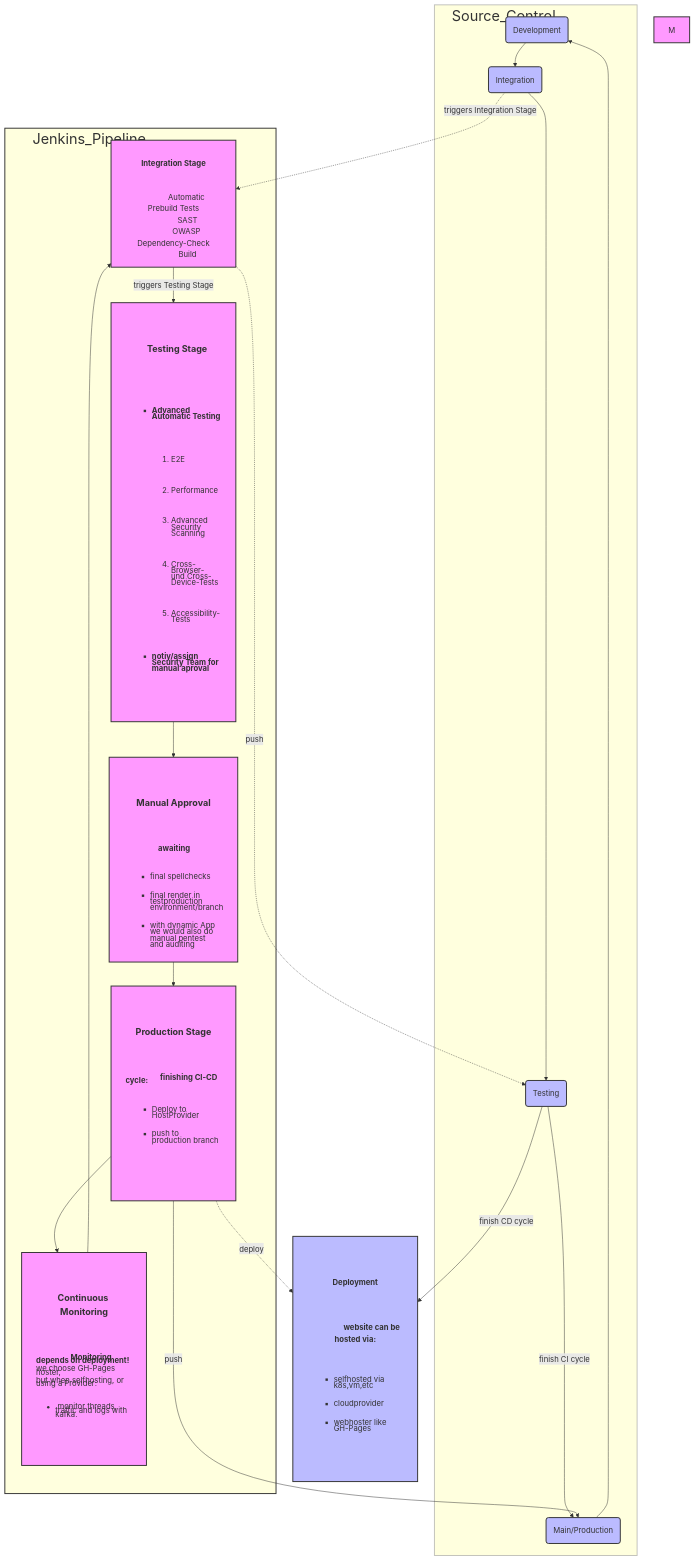
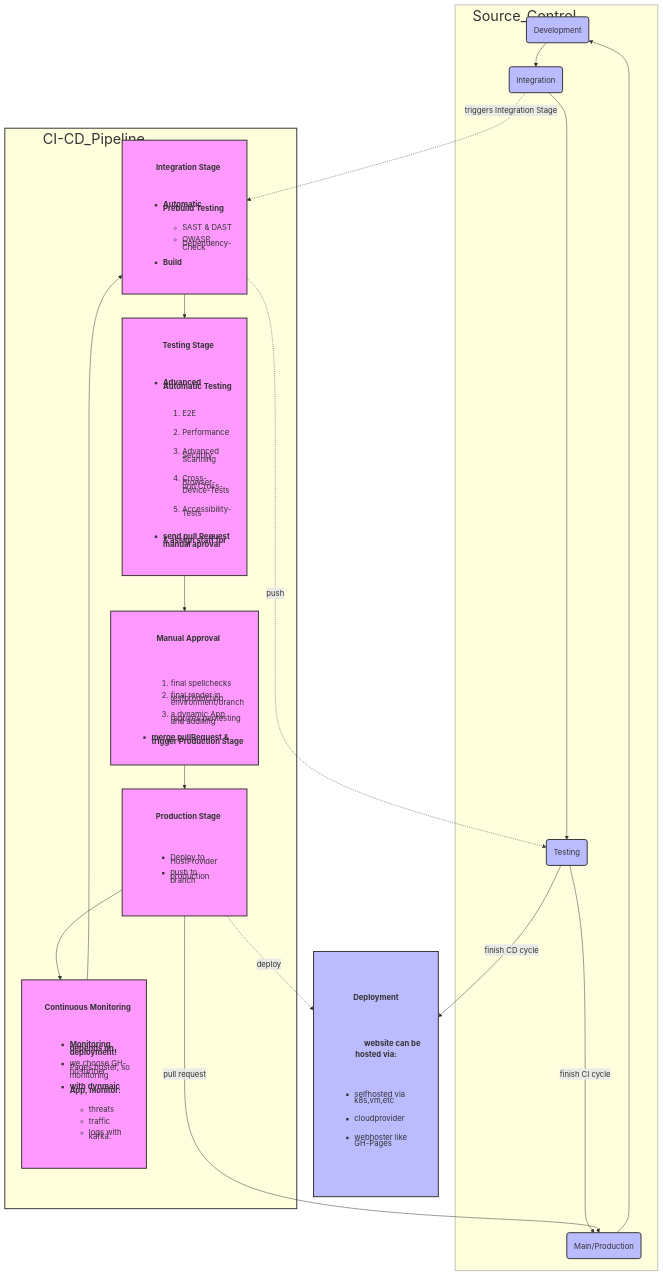
The diagram in README.md (ji-podhead/ji-podhead-blog), drawn with Mermaid before and after one commit.

````diff
--- a/README.md
+++ b/README.md
@@ -15,19 +15,25 @@
 classDef JP fill:#fffff,stroke:#333,stroke-width:2px,font-size:30px,text-align:left,margin-right: 450px;
 classDef GH fill:#Fffff,stroke:#9999,stroke-width:2px,font-size:30px,text-align:left,margin-right: 350px;
 
-    subgraph "Jenkins_Pipeline"
+    subgraph "CI-CD_Pipeline"
 		
 	Integration[
-	    <h4>Integration Stage</h4>
-	     Automatic Prebuild Tests
-	     SAST
-             OWASP Dependency-Check
-	     Build
+				<div style="text-align: center;margin-left: 15px; line-height: 0.5;">
+		<h4>Integration Stage</h4>
+				<ul style="text-align: left;list-style: square; line-height: 0.5;">
+		<li><b>Automatic Prebuild Testing</b></li>
+		<ul>	
+    		<li>SAST & DAST</li>
+             	<li>OWASP Dependency-Check</li>
+	    	</ul>
+<li><b>Build</b></li>
+		</ul>
+		</div>
 	]
 	Testing[
-				<div style="text-align: center;margin-left: 15px">
-				<h3>Testing Stage</h3>
-				<ul style="text-align: left;list-style: square; line-height: 0.8;">
+				<div style="text-align: center;margin-left: 15px; line-height: 0.5;">
+				<h4>Testing Stage</h4>
+				<ul style="text-align: left;list-style: square; line-height: 0.5;">
 				<li><b>Advanced Automatic Testing</b></li>
 				<ol style="">
 					<li>E2E</li>
@@ -36,44 +42,47 @@
 					<li>Cross-Browser- und Cross-Device-Tests</li>
 					<li>Accessibility-Tests</li>
 				</ol>
-				<li><b>notiy/assign Security Team for manual aproval</b></li>
+				<li><b>send pull Request & assign staff for manual aproval</b></li>
 				</ul>
 				</div>
 	]
 	Manual_Approval[
-		<div style="text-align: center; ">
-		<h3>Manual Approval</h3>
-		<div style="text-align:left; line-height: 0.5;">
-		<b>awaiting </b>
-		<ul style="text-align: left;list-style: square; margin-left: 15px; line-height: 0.8;">	
+				<div style="text-align: center;margin-left: 15px; line-height: 0.5;">
+		<h4>Manual Approval</h4>
+				<ul style="text-align: left;list-style: square; line-height: 0.5;">
+		<ol>
 		<li>final spellchecks</li>
 		<li>final render in testproduction environment/branch</li>
-		<li>with dynamic App we would also do manual pentest and auditing</li>
+		<li>a dynamic App requires pentesting and auditing</li>
+		</ol>
+<li><b>merge pullRequest & trigger Production Stage</b></li>
+</ul>
+</div>
 			
 ] 
         Production[
-		<div style="text-align: center; ">
-		<h3>Production Stage</h3>
-		<div style="text-align:left; line-height: 0.5;">
-		<b>finishing CI-CD cycle:</b>
-		<ul style="text-align: left;list-style: square; margin-left: 15px; line-height: 0.8;">	
+				<div style="text-align: center;margin-left: 15px; line-height: 0.5;">
+		<h4>Production Stage</h4>
+		
+		<ul style="text-align: left;list-style: square; margin-left: 15px; line-height: 0.5;">	
 		<li>Deploy to HostProvider</li>
         	<li>push to production branch</li>
 		</ul>
-                </div>
+          
 		</div>
 		]
 	Monitoring[
-		<div style="text-align: center; ">
-		<h3>Continuous Monitoring</h3>
-		<div style="text-align:left; line-height: 0.5;">
-		<b>Monitoring depends on deployment!</b>
-		<br>we choose GH-Pages hoster,
-		<br>but when selfhosting, or using a Provider:
+				<div style="text-align: center;margin-left: 15px; line-height: 0.5;">
+		<h4>Continuous Monitoring</h4>
+		<ul style="text-align: left;list-style: square; margin-left: 15px; line-height: 0.5;">	
+		<li><b>Monitoring depends on deployment!</b></li>
+		<li>we choose GH-Pages hoster, so no further monitoring</li>
+		<li><b>with dynmaic App, monitor:</b></li>
 		<ul>
-		<li> monitor threads, traffic and logs with kafka.</li>
-</ul>
-		</div>
+		<li>threats</li>
+		<li>traffic</li>
+		<li>logs with kafka.</li>
+		</ul>
 		</div>
 		]
 
@@ -99,14 +108,14 @@
 	I --> T
 	T --"finish CD cycle"--> GH
 	T --"finish CI cycle"--> M 
-	Integration -- "triggers Testing Stage"--> Testing
+	Integration --> Testing
 	
 	I -. "triggers Integration Stage".-> Integration
     	Integration -. "push".-> T
       	Testing --> Manual_Approval
    	Manual_Approval --> Production 
-       	Production -- "push"---> M
-C[M];
+       	Production -- "pull request"---> M
+
     	Production -."deploy".-> GH
 	Production -->Monitoring
 	Monitoring -->Integration
@@ -116,7 +125,7 @@
     classDef Manual_Approval fill:#00f,stroke:#333,stroke-width:2px;
     class P,I,T,GH,M,D branch
     class SECURITY,MANUAL_SECURITY action
-	class Jenkins_Pipeline JP
+	class CI-CD_Pipeline JP
 	class Source_Control GH
 
 ```
````
